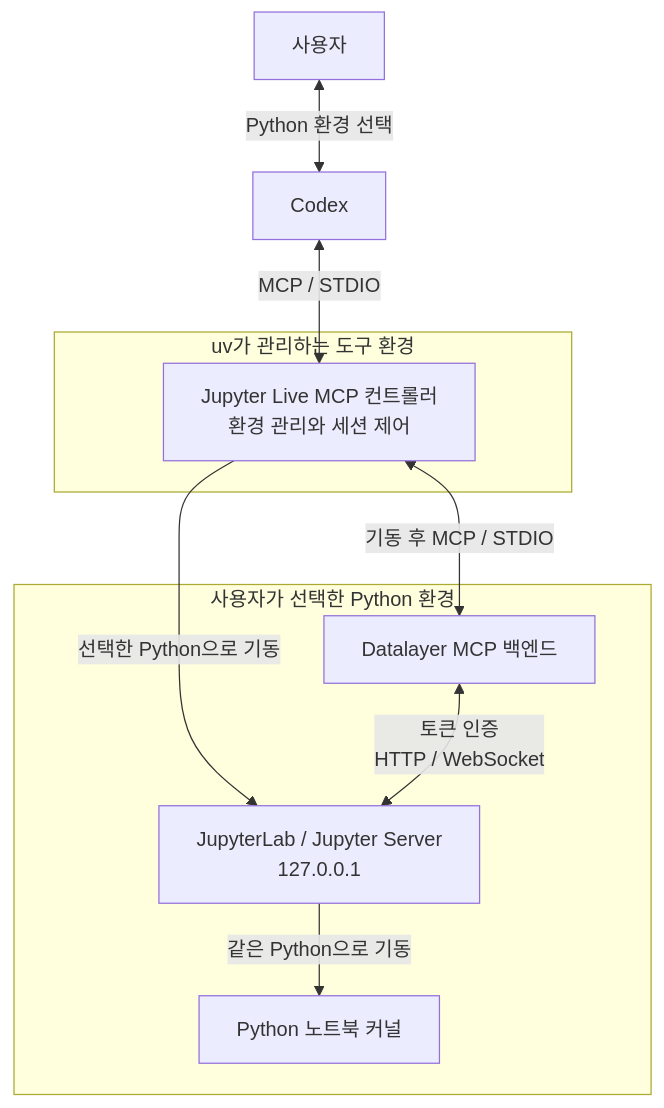
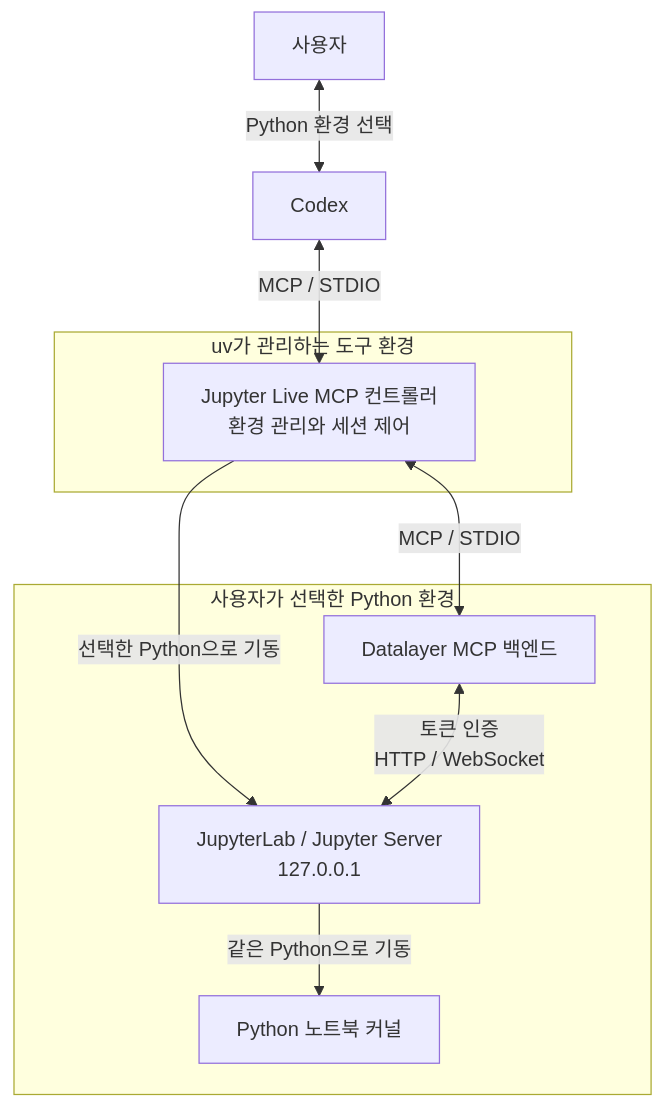
One commit to jlee-ax/jupyter-live-mcp changed the diagram in README.md. Above: the diagram before and after it, drawn with Mermaid. The commit also changed other lines of this file and 5 other files, not shown here.

````diff
--- a/README.md
+++ b/README.md
@@ -29,22 +27,22 @@
 ```mermaid
 flowchart TB
     User["사용자"]
     Codex["Codex"]
 
     subgraph ToolEnv["uv가 관리하는 도구 환경"]
         Controller["Jupyter Live MCP 컨트롤러<br/>환경 관리와 세션 제어"]
     end
 
     subgraph AnalysisEnv["사용자가 선택한 Python 환경"]
         Backend["Datalayer MCP 백엔드"]
         Server["JupyterLab / Jupyter Server<br/>127.0.0.1"]
         Kernel["Python 노트북 커널"]
     end
 
     User <-->|"Python 환경 선택"| Codex
     Codex <-->|"MCP / STDIO"| Controller
     Controller -->|"선택한 Python으로 기동"| Server
-    Controller <-->|"기동 후 MCP / STDIO"| Backend
+    Controller <-->|"MCP / STDIO"| Backend
     Backend <-->|"토큰 인증<br/>HTTP / WebSocket"| Server
     Server -->|"같은 Python으로 기동"| Kernel
 ```
````
